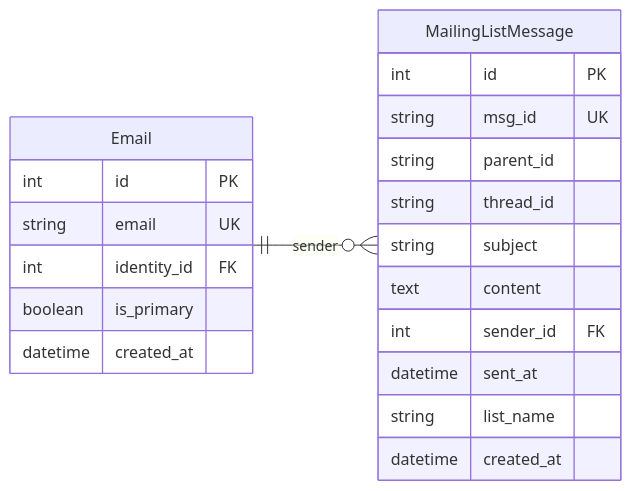
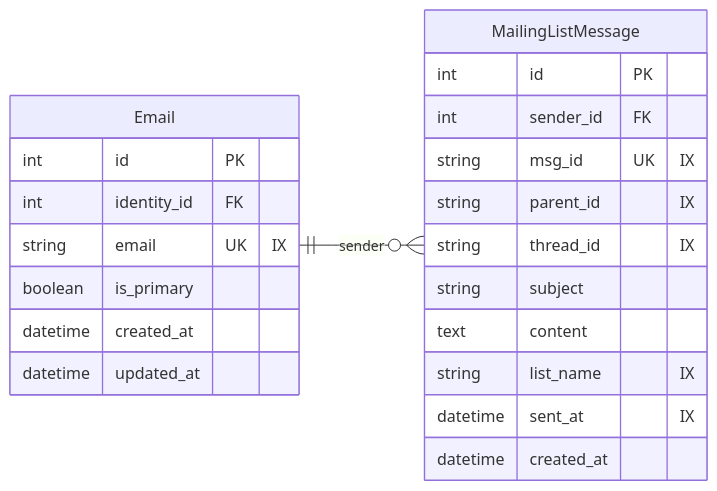
One commit to CppDigest/cppa-unified-dashboard changed the ninth of 11 diagrams in UnifiedDashboard/GoogleCloudSQLSchema/google_cloud_sql_schema.md. Above: the diagram before and after it, drawn with Mermaid. The commit also changed other lines of this file, not shown here.

Commit message:
#148 - Update the schema according to review feedback

````diff
--- a/UnifiedDashboard/GoogleCloudSQLSchema/google_cloud_sql_schema.md
+++ b/UnifiedDashboard/GoogleCloudSQLSchema/google_cloud_sql_schema.md
@@ -496,26 +566,27 @@
 ```mermaid
 erDiagram
     direction LR
     Email ||--o{ MailingListMessage : "sender"
 
     Email {
         int id PK
-        string email UK
         int identity_id FK
+        string email UK "IX"
         boolean is_primary
         datetime created_at
+        datetime updated_at
     }
 
     MailingListMessage {
         int id PK
-        string msg_id UK
-        string parent_id
-        string thread_id
+        int sender_id FK
+        string msg_id UK "IX"
+        string parent_id "IX"
+        string thread_id "IX"
         string subject
         text content
-        int sender_id FK
-        datetime sent_at
-        string list_name
+        string list_name "IX"
+        datetime sent_at "IX"
         datetime created_at
     }
 ```
````
